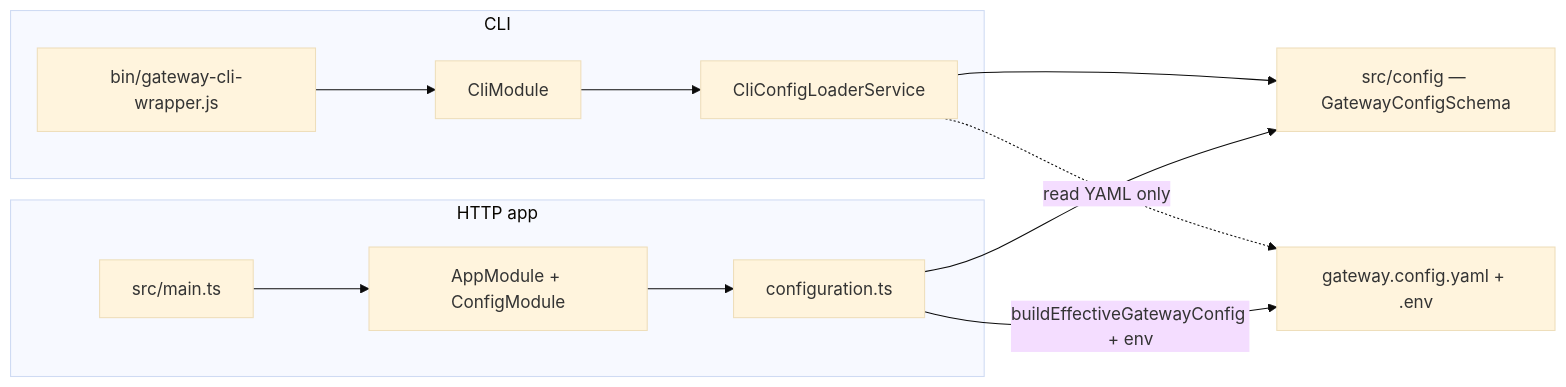
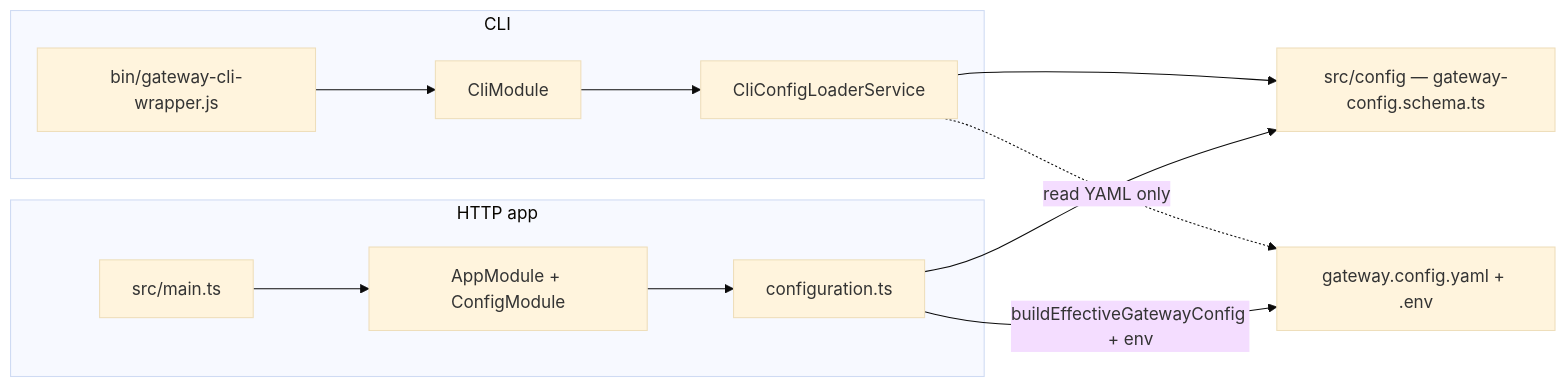
The second of 2 diagrams in docs/architektura.md (matej2314/ai-provider-gateway), drawn with Mermaid (base theme) before and after one commit. The commit also changed other lines of this file and 33 other files, not shown here.

````diff
--- a/docs/architektura.md
+++ b/docs/architektura.md
@@ -64,27 +64,27 @@
 ```mermaid
 flowchart LR
   subgraph cliEntry [CLI]
     wrapper[bin/gateway-cli-wrapper.js]
     cliMod[CliModule]
     loader[CliConfigLoaderService]
   end
 
   subgraph httpEntry [HTTP app]
     main[src/main.ts]
     appMod[AppModule + ConfigModule]
     cfg[configuration.ts]
   end
 
   configFiles[gateway.config.yaml + .env]
-  schemas[src/config — GatewayConfigSchema]
+  schemas[src/config — gateway-config.schema.ts]
 
   wrapper --> cliMod
   cliMod --> loader
   loader --> schemas
   loader -.->|read YAML only| configFiles
 
   main --> appMod
   appMod --> cfg
   cfg --> schemas
   cfg -->|buildEffectiveGatewayConfig + env| configFiles
 ```
````
